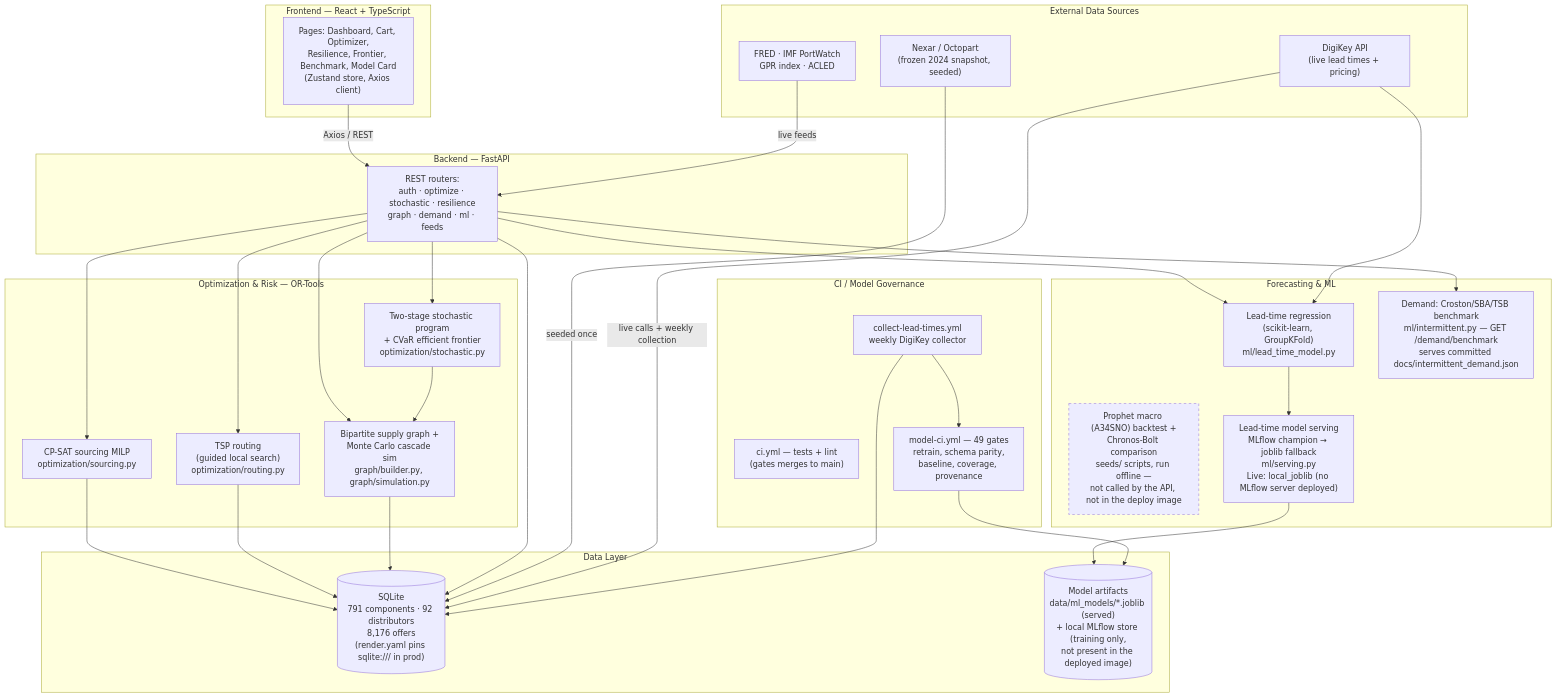
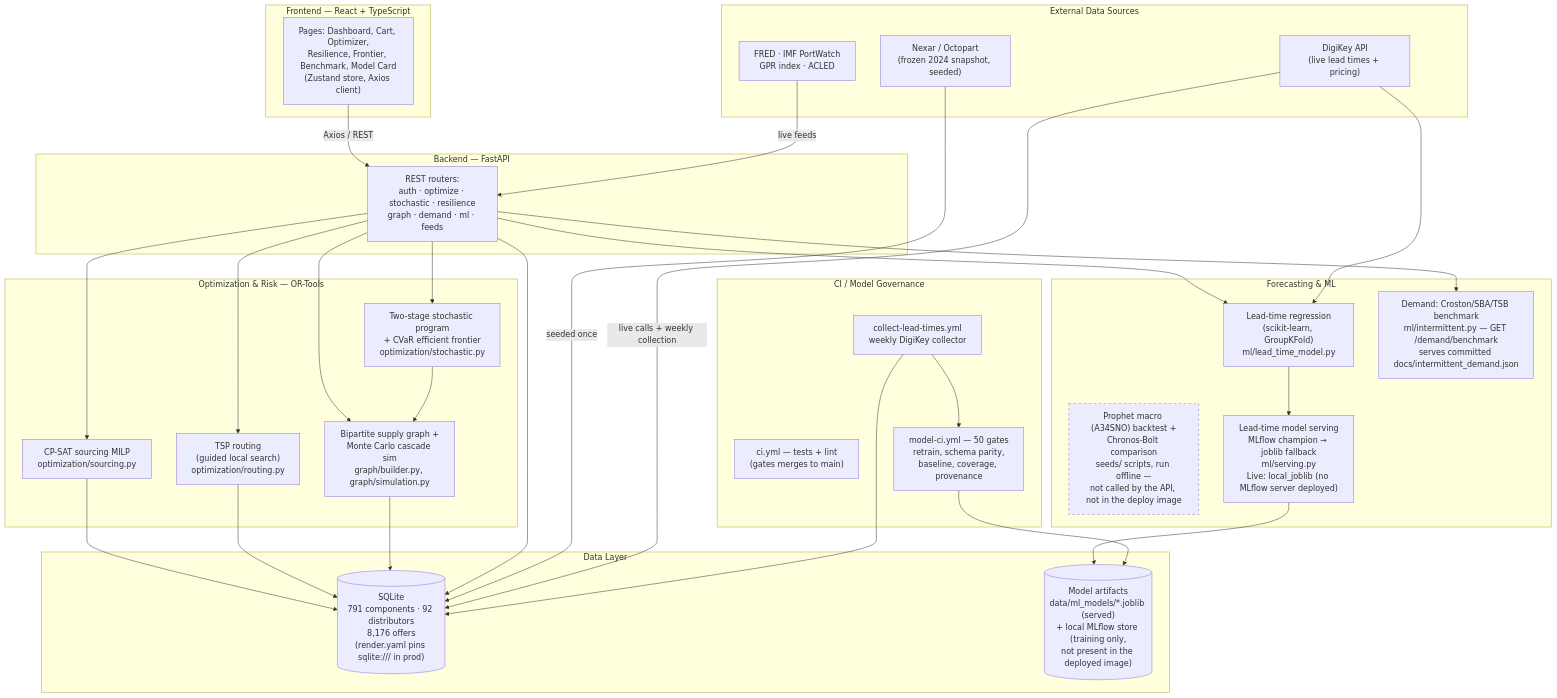
The diagram in README.md (ApagPlayz/supply-chain-optimizer), drawn with Mermaid before and after one commit. The commit also changed other lines of this file and 6 other files, not shown here.

````diff
--- a/README.md
+++ b/README.md
@@ -278,66 +278,66 @@
 ```mermaid
 flowchart TB
     subgraph FE["Frontend — React + TypeScript"]
         UI["Pages: Dashboard, Cart, Optimizer,<br/>Resilience, Frontier, Benchmark, Model Card<br/>(Zustand store, Axios client)"]
     end
 
     subgraph BE["Backend — FastAPI"]
         API["REST routers:<br/>auth · optimize · stochastic · resilience<br/>graph · demand · ml · feeds"]
     end
 
     subgraph OPT["Optimization & Risk — OR-Tools"]
         SOURCING["CP-SAT sourcing MILP<br/>optimization/sourcing.py"]
         ROUTING["TSP routing<br/>(guided local search)<br/>optimization/routing.py"]
         STOCH["Two-stage stochastic program<br/>+ CVaR efficient frontier<br/>optimization/stochastic.py"]
         GRAPHSIM["Bipartite supply graph +<br/>Monte Carlo cascade sim<br/>graph/builder.py, graph/simulation.py"]
     end
 
     subgraph ML["Forecasting & ML"]
         LEADTIME["Lead-time regression<br/>(scikit-learn, GroupKFold)<br/>ml/lead_time_model.py"]
         DEMAND["Demand: Croston/SBA/TSB benchmark<br/>ml/intermittent.py — GET /demand/benchmark<br/>serves committed docs/intermittent_demand.json"]
         OFFLINE["Prophet macro (A34SNO) backtest +<br/>Chronos-Bolt comparison<br/>seeds/ scripts, run offline —<br/>not called by the API, not in the deploy image"]
         SERVING["Lead-time model serving<br/>MLflow champion → joblib fallback<br/>ml/serving.py<br/>Live: local_joblib (no MLflow server deployed)"]
     end
 
     subgraph DATA["Data Layer"]
         DB[("SQLite<br/>791 components · 92 distributors<br/>8,176 offers<br/>(render.yaml pins sqlite:/// in prod)")]
         ARTIFACTS[("Model artifacts<br/>data/ml_models/*.joblib (served)<br/>+ local MLflow store (training only,<br/>not present in the deployed image)")]
     end
 
     subgraph EXT["External Data Sources"]
         NEXAR["Nexar / Octopart<br/>(frozen 2024 snapshot, seeded)"]
         DIGIKEY["DigiKey API<br/>(live lead times + pricing)"]
         MACRO["FRED · IMF PortWatch<br/>GPR index · ACLED"]
     end
 
     subgraph CICD["CI / Model Governance"]
         CI["ci.yml — tests + lint<br/>(gates merges to main)"]
-        MODELCI["model-ci.yml — 49 gates<br/>retrain, schema parity,<br/>baseline, coverage, provenance"]
+        MODELCI["model-ci.yml — 50 gates<br/>retrain, schema parity,<br/>baseline, coverage, provenance"]
         COLLECTOR["collect-lead-times.yml<br/>weekly DigiKey collector"]
     end
 
     UI -->|Axios / REST| API
     API --> SOURCING
     API --> ROUTING
     API --> STOCH
     API --> GRAPHSIM
     API --> LEADTIME
     API --> DEMAND
     STOCH --> GRAPHSIM
     SOURCING --> DB
     ROUTING --> DB
     GRAPHSIM --> DB
     API --> DB
     LEADTIME --> SERVING
     SERVING --> ARTIFACTS
     NEXAR -->|seeded once| DB
     DIGIKEY -->|live calls + weekly collection| DB
     DIGIKEY --> LEADTIME
     MACRO -->|live feeds| API
     COLLECTOR --> DB
     COLLECTOR --> MODELCI
     MODELCI --> ARTIFACTS
 
     classDef offline stroke-dasharray: 5 5;
     class OFFLINE offline;
 ```
````
